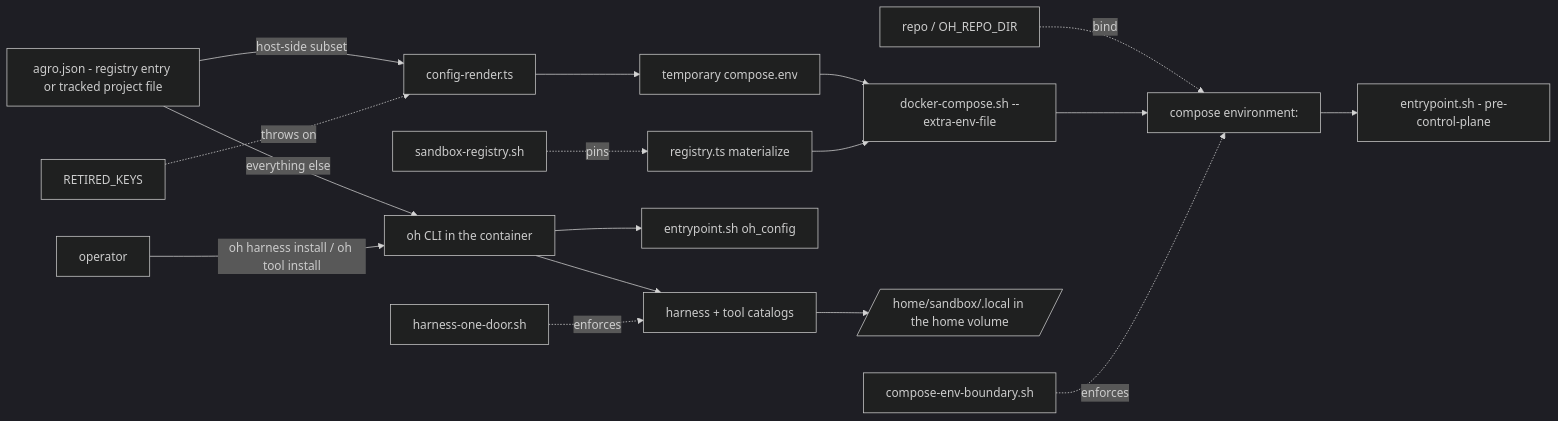
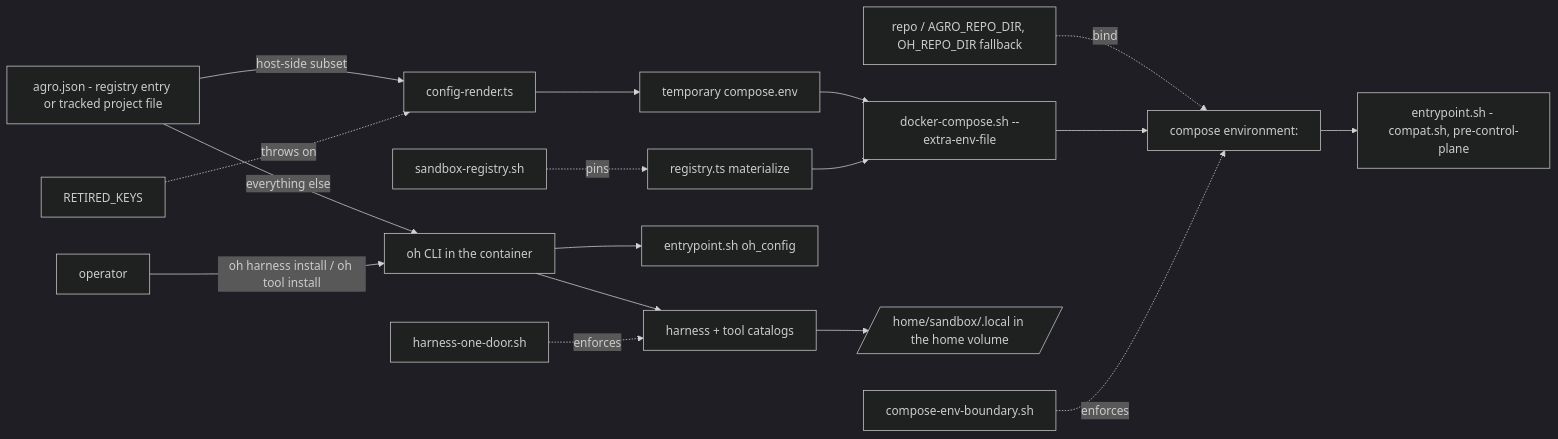
Before and after one commit to ryaneggz/open-harness: the diagram in .agro/knowledge/source/compose-env-boundary.md, drawn with Mermaid (dark theme). The commit also changed other lines of this file and 13 other files, not shown here.

````diff
--- a/.agro/knowledge/source/compose-env-boundary.md
+++ b/.agro/knowledge/source/compose-env-boundary.md
@@ -63,20 +63,20 @@
 ```mermaid
 flowchart LR
   OH[agro.json - registry entry or tracked project file]
   OH -->|host-side subset| CR[config-render.ts]
   CR --> ENV[temporary compose.env]
   ENV --> DC[docker-compose.sh --extra-env-file]
   REG[registry.ts materialize] --> DC
-  REPO[repo / OH_REPO_DIR] -. bind .-> COMPOSE
+  REPO["repo / AGRO_REPO_DIR, OH_REPO_DIR fallback"] -. bind .-> COMPOSE
   DC --> COMPOSE[compose environment:]
-  COMPOSE --> EP1[entrypoint.sh - pre-control-plane]
+  COMPOSE --> EP1[entrypoint.sh - compat.sh, pre-control-plane]
   OH -->|everything else| CLI[oh CLI in the container]
   CLI --> EP2[entrypoint.sh oh_config]
   OP[operator] -->|oh harness install / oh tool install| CLI
   CLI --> CAT[harness + tool catalogs]
   CAT --> HOME[/home/sandbox/.local in the home volume/]
   PROBE[compose-env-boundary.sh] -.enforces.-> COMPOSE
   DOOR[harness-one-door.sh] -.enforces.-> CAT
   SR[sandbox-registry.sh] -.pins.-> REG
   RK[RETIRED_KEYS] -.throws on.-> CR
 ```
````
